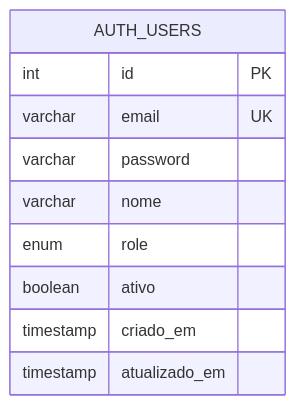
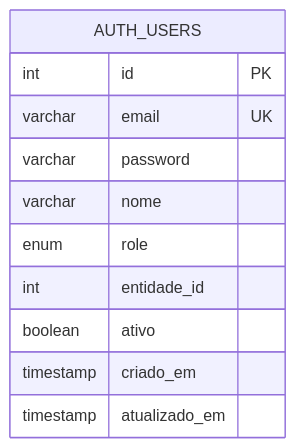
The eighth of 10 diagrams in .qoder/repowiki/en/content/Authentication & Authorization System/Authentication & Authorization System.md (luiseduacosta/nodemural), drawn with Mermaid before and after one commit. The commit also changed other lines of this file and 27 other files, not shown here.

````diff
--- a/.qoder/repowiki/en/content/Authentication & Authorization System/Authentication & Authorization System.md
+++ b/.qoder/repowiki/en/content/Authentication & Authorization System/Authentication & Authorization System.md
@@ -320,13 +390,14 @@
 ```mermaid
 erDiagram
 AUTH_USERS {
 int id PK
 varchar email UK
 varchar password
 varchar nome
 enum role
+int entidade_id
 boolean ativo
 timestamp criado_em
 timestamp atualizado_em
 }
 ```
````
